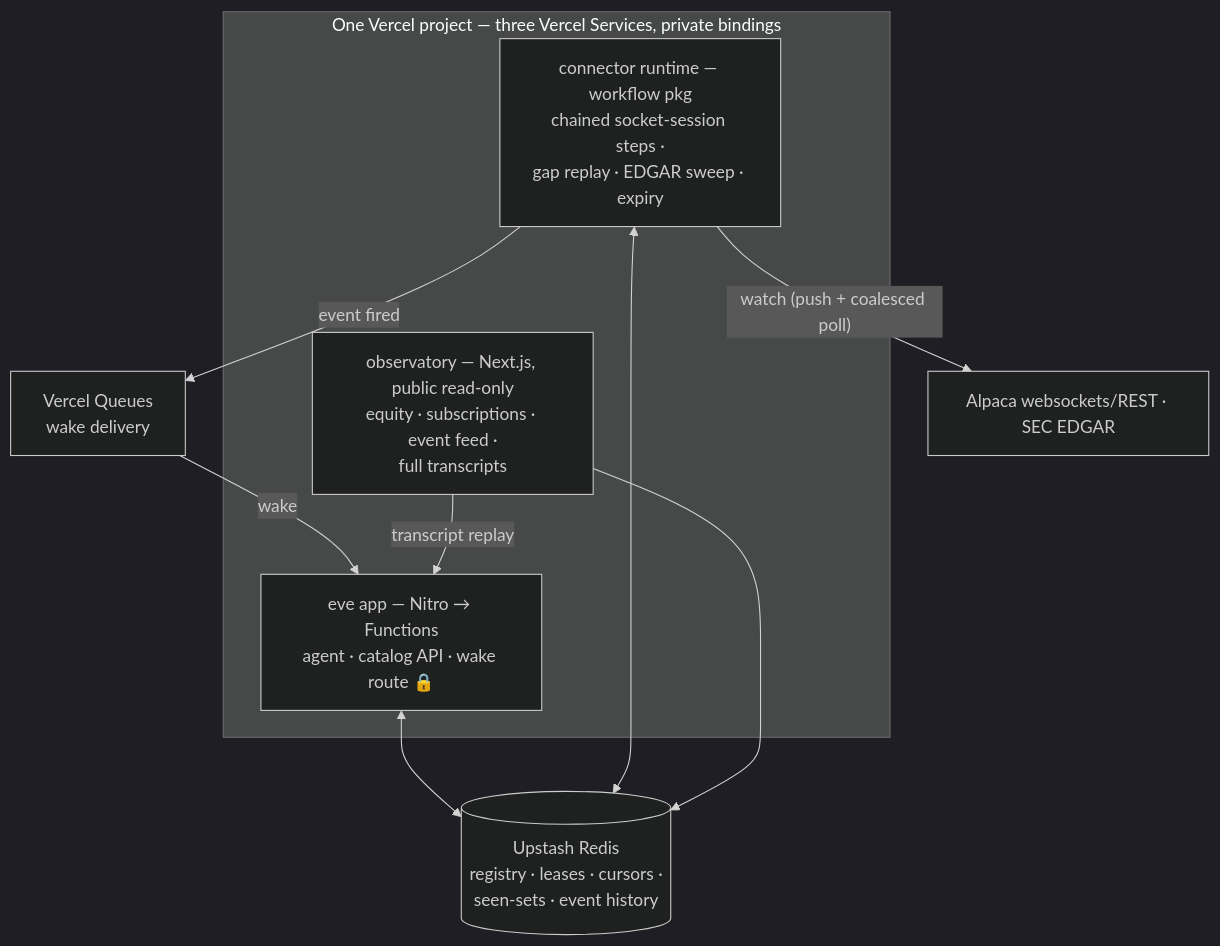
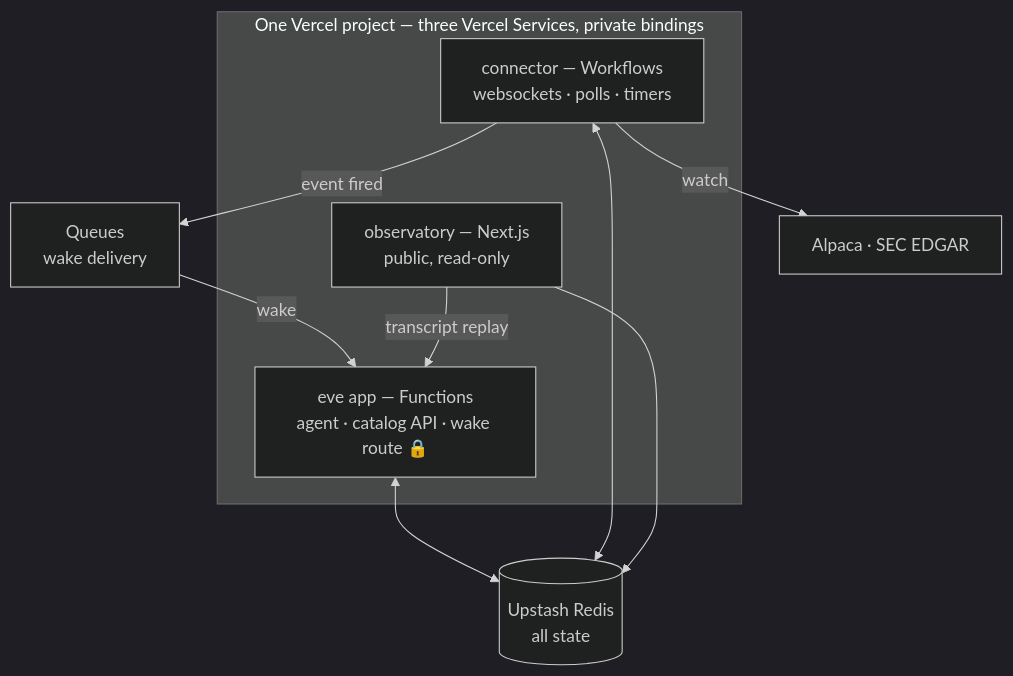
One commit to pcomans/eve-event-catalog changed the second of 2 diagrams in README.md. Above: the diagram before and after it, drawn with Mermaid (dark theme). The commit also changed other lines of this file, not shown here.

````diff
--- a/README.md
+++ b/README.md
@@ -319,18 +328,18 @@
 ```mermaid
 flowchart TB
     subgraph project["One Vercel project — three Vercel Services, private bindings"]
-        EVE["eve app — Nitro → Functions<br/>agent · catalog API · wake route 🔒"]
-        CONN["connector runtime — workflow pkg<br/>chained socket-session steps ·<br/>gap replay · EDGAR sweep · expiry"]
-        OBS["observatory — Next.js, public read-only<br/>equity · subscriptions · event feed ·<br/>full transcripts"]
+        EVE["eve app — Functions<br/>agent · catalog API · wake route 🔒"]
+        CONN["connector — Workflows<br/>websockets · polls · timers"]
+        OBS["observatory — Next.js<br/>public, read-only"]
     end
-    Q["Vercel Queues<br/>wake delivery"]
-    R[("Upstash Redis<br/>registry · leases · cursors ·<br/>seen-sets · event history")]
-    W["Alpaca websockets/REST · SEC EDGAR"]
-    CONN -->|"watch (push + coalesced poll)"| W
+    Q["Queues<br/>wake delivery"]
+    R[("Upstash Redis<br/>all state")]
+    W["Alpaca · SEC EDGAR"]
+    CONN -->|"watch"| W
     CONN -->|"event fired"| Q
     Q -->|"wake"| EVE
     EVE <--> R
     CONN <--> R
     OBS --> R
     OBS -->|"transcript replay"| EVE
 ```
````
